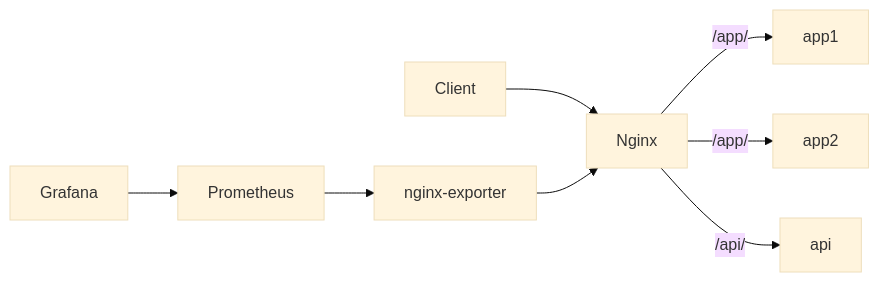
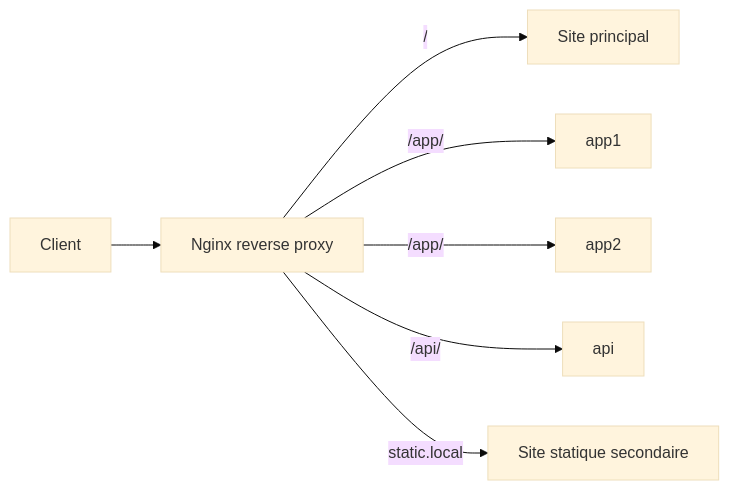
One commit to RobinThiriet/Nginx changed the diagram in README.md. Above: the diagram before and after it, drawn with Mermaid (base theme). The commit also changed other lines of this file and 18 other files, not shown here.

Commit message:
Simplify Nginx reverse proxy lab

````diff
--- a/README.md
+++ b/README.md
@@ -55,19 +62,17 @@
 ```mermaid
 flowchart LR
-    U[Client]
-    N[Nginx]
+    C[Client]
+    N[Nginx reverse proxy]
+    S1[Site principal]
     A1[app1]
     A2[app2]
     API[api]
-    E[nginx-exporter]
-    P[Prometheus]
-    G[Grafana]
+    S2[Site statique secondaire]
 
-    U --> N
+    C --> N
+    N -->|/| S1
     N -->|/app/| A1
     N -->|/app/| A2
     N -->|/api/| API
-    E --> N
-    P --> E
-    G --> P
+    N -->|static.local| S2
 ```
````
